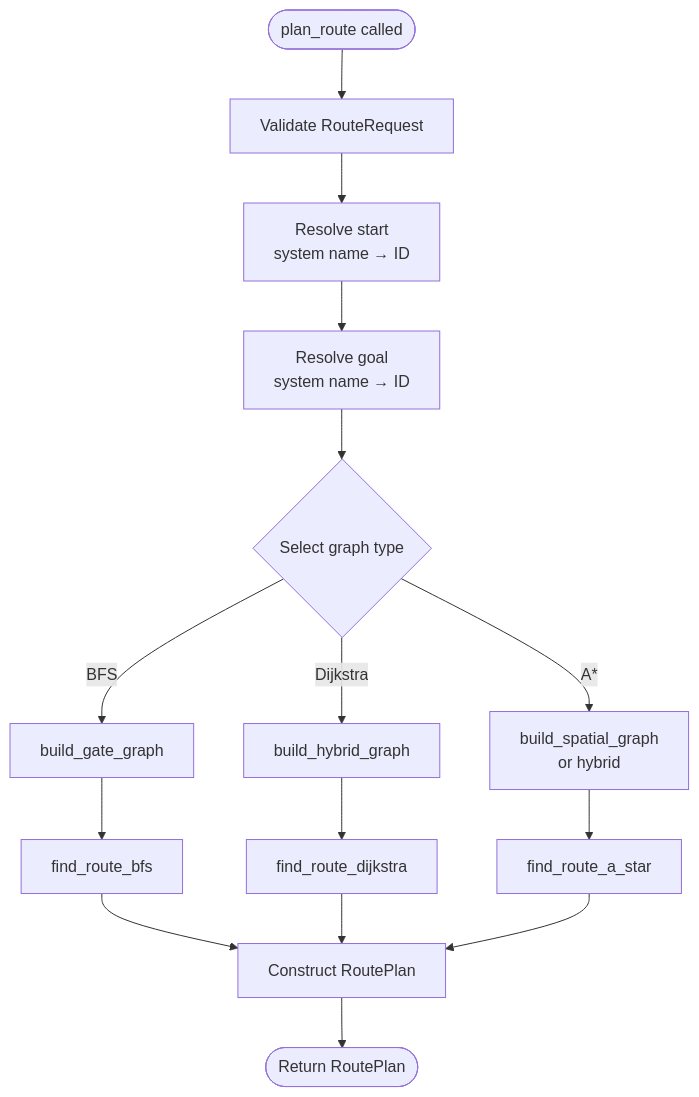
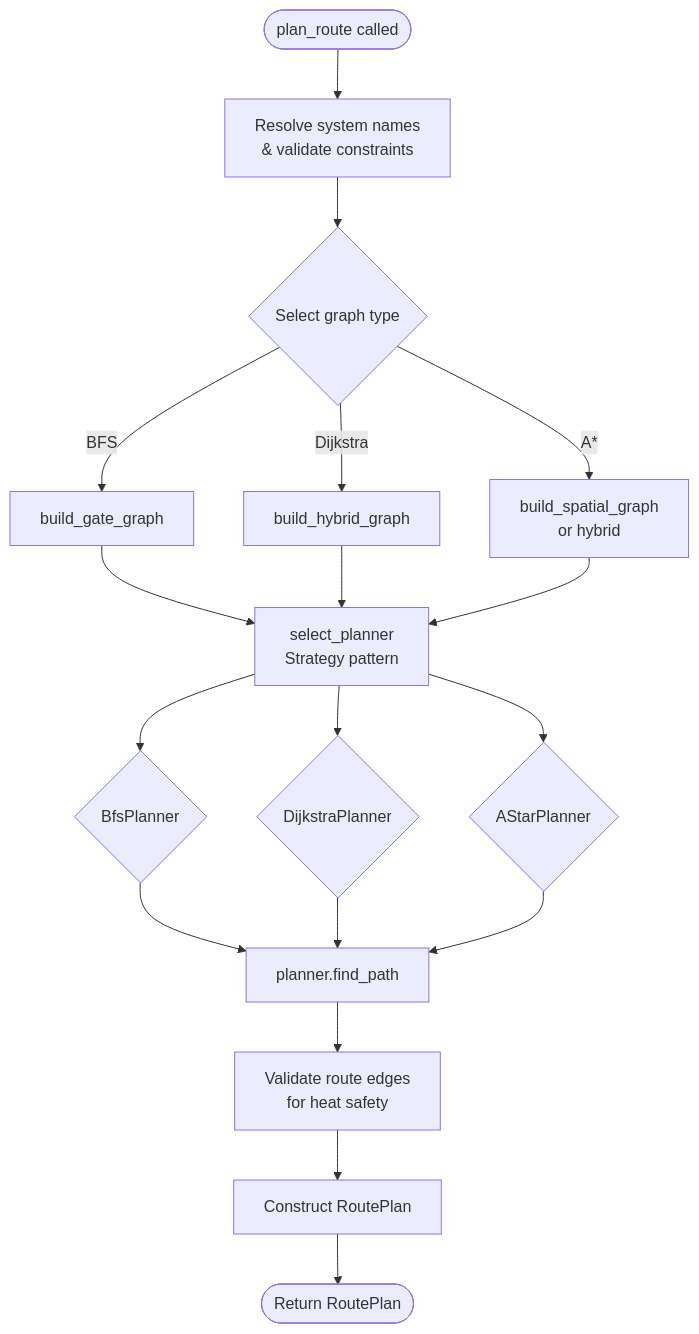
Before and after one commit to Scetrov/evefrontier-rs: the fifth of 7 diagrams in docs/ARCHITECTURE.md, drawn with Mermaid. The commit also changed other lines of this file and 16 other files, not shown here.

First line of the commit message:
refactor: apply SOLID and Clean Architecture principles (#68)

````diff
--- a/docs/ARCHITECTURE.md
+++ b/docs/ARCHITECTURE.md
@@ -191,23 +273,27 @@
 ```mermaid
 flowchart TD
-    START([plan_route called]) --> VALIDATE[Validate RouteRequest]
+    START([plan_route called]) --> VALIDATE[Resolve system names<br/>& validate constraints]
 
-    VALIDATE --> RESOLVE_START[Resolve start<br/>system name → ID]
-    RESOLVE_START --> RESOLVE_GOAL[Resolve goal<br/>system name → ID]
+    VALIDATE --> SELECT_GRAPH{Select graph type}
 
-    RESOLVE_GOAL --> SELECT{Select graph type}
+    SELECT_GRAPH -->|BFS| GATE[build_gate_graph]
+    SELECT_GRAPH -->|Dijkstra| HYBRID[build_hybrid_graph]
+    SELECT_GRAPH -->|A*| SPATIAL[build_spatial_graph<br/>or hybrid]
 
-    SELECT -->|BFS| GATE[build_gate_graph]
-    SELECT -->|Dijkstra| HYBRID[build_hybrid_graph]
-    SELECT -->|A*| SPATIAL[build_spatial_graph<br/>or hybrid]
+    GATE --> SELECT_PLANNER[select_planner<br/>Strategy pattern]
+    HYBRID --> SELECT_PLANNER
+    SPATIAL --> SELECT_PLANNER
 
-    GATE --> BFS_ALGO[find_route_bfs]
-    HYBRID --> DIJ_ALGO[find_route_dijkstra]
-    SPATIAL --> ASTAR_ALGO[find_route_a_star]
+    SELECT_PLANNER --> BFS_P{BfsPlanner}
+    SELECT_PLANNER --> DIJ_P{DijkstraPlanner}
+    SELECT_PLANNER --> ASTAR_P{AStarPlanner}
 
-    BFS_ALGO --> PLAN[Construct RoutePlan]
-    DIJ_ALGO --> PLAN
-    ASTAR_ALGO --> PLAN
+    BFS_P --> FIND[planner.find_path]
+    DIJ_P --> FIND
+    ASTAR_P --> FIND
+
+    FIND --> VALIDATE_EDGES[Validate route edges<br/>for heat safety]
+    VALIDATE_EDGES --> PLAN[Construct RoutePlan]
 
     PLAN --> RETURN([Return RoutePlan])
 ```
````
